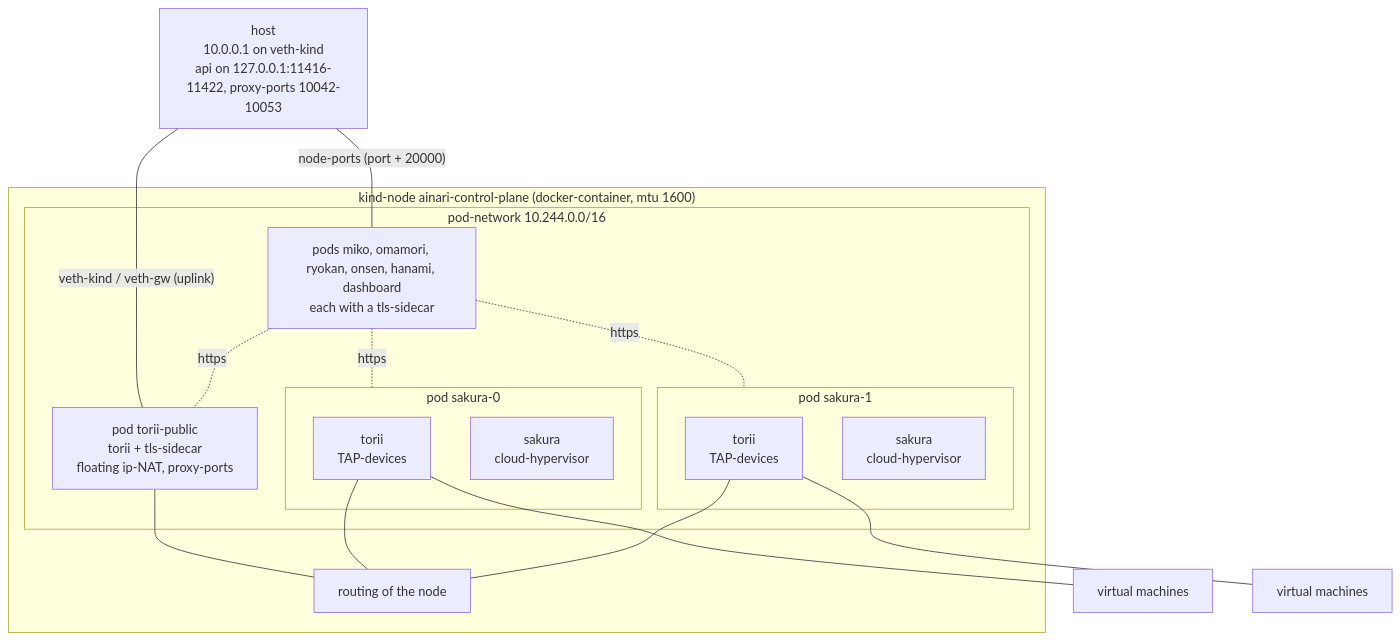
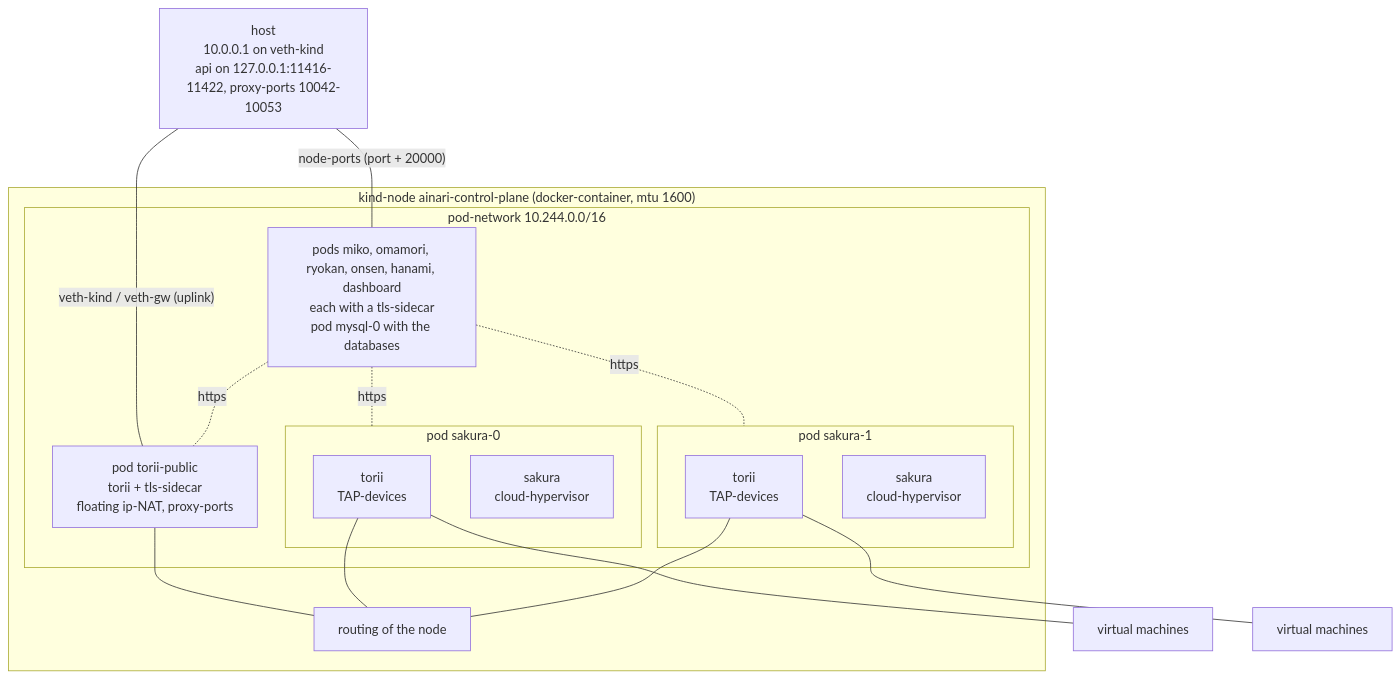
The diagram in docs/developer/local_testing/kind_setup.md (kitsudaiki/ainari), drawn with Mermaid before and after one commit. The commit also changed other lines of this file and 46 other files, not shown here.

````diff
--- a/docs/developer/local_testing/kind_setup.md
+++ b/docs/developer/local_testing/kind_setup.md
@@ -15,31 +15,31 @@
 ```mermaid
 flowchart TB
     host["host<br/>10.0.0.1 on veth-kind<br/>api on 127.0.0.1:11416-11422, proxy-ports 10042-10053"]
 
     subgraph node["kind-node ainari-control-plane (docker-container, mtu 1600)"]
         subgraph pods["pod-network 10.244.0.0/16"]
             public["pod torii-public<br/>torii + tls-sidecar<br/>floating ip-NAT, proxy-ports"]
-            control["pods miko, omamori, ryokan, onsen, hanami, dashboard<br/>each with a tls-sidecar"]
+            control["pods miko, omamori, ryokan, onsen, hanami, dashboard<br/>each with a tls-sidecar<br/>pod mysql-0 with the databases"]
             subgraph s0["pod sakura-0"]
                 vmm0["torii<br/>TAP-devices"]
                 sak0["sakura<br/>cloud-hypervisor"]
             end
             subgraph s1["pod sakura-1"]
                 vmm1["torii<br/>TAP-devices"]
                 sak1["sakura<br/>cloud-hypervisor"]
             end
         end
         router["routing of the node"]
     end
 
     host -- "veth-kind / veth-gw (uplink)" --- public
     host -- "node-ports (port + 20000)" --- control
     public --- router
     vmm0 --- router
     vmm1 --- router
     vmm0 --- vm0["virtual machines"]
     vmm1 --- vm1["virtual machines"]
     control -. "https" .- public
     control -. "https" .- s0
     control -. "https" .- s1
 ```
````
